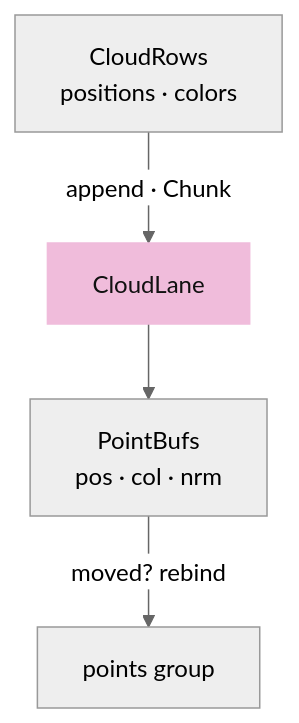
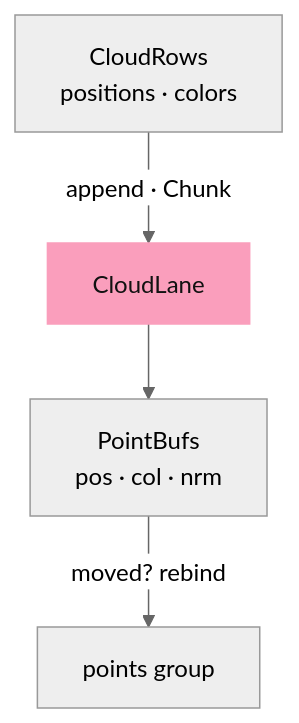
One commit to petrasvestartas/session changed the second of 6 diagrams in session_viewer/docs/04d-clouds.md. Above: the diagram before and after it, drawn with Mermaid (neutral theme). The commit also changed other lines of this file and 328 other files, not shown here.

First line of the commit message:
Course: the palette you sent, and mermaid drawn like the drawings

````diff
--- a/session_viewer/docs/04d-clouds.md
+++ b/session_viewer/docs/04d-clouds.md
@@ -46,7 +46,7 @@
 ```mermaid
 flowchart TB
     CR["CloudRows<br/>positions · colors"] -- "append · Chunk" --> CL["CloudLane"]
     CL --> PB["PointBufs<br/>pos · col · nrm"]
     PB -- "moved? rebind" --> BG["points group"]
-    style CL fill:#f0bcdb,stroke:#f0bcdb,color:#111
+    style CL fill:#fa9ebc,stroke:#fa9ebc,color:#111
 ```
````
